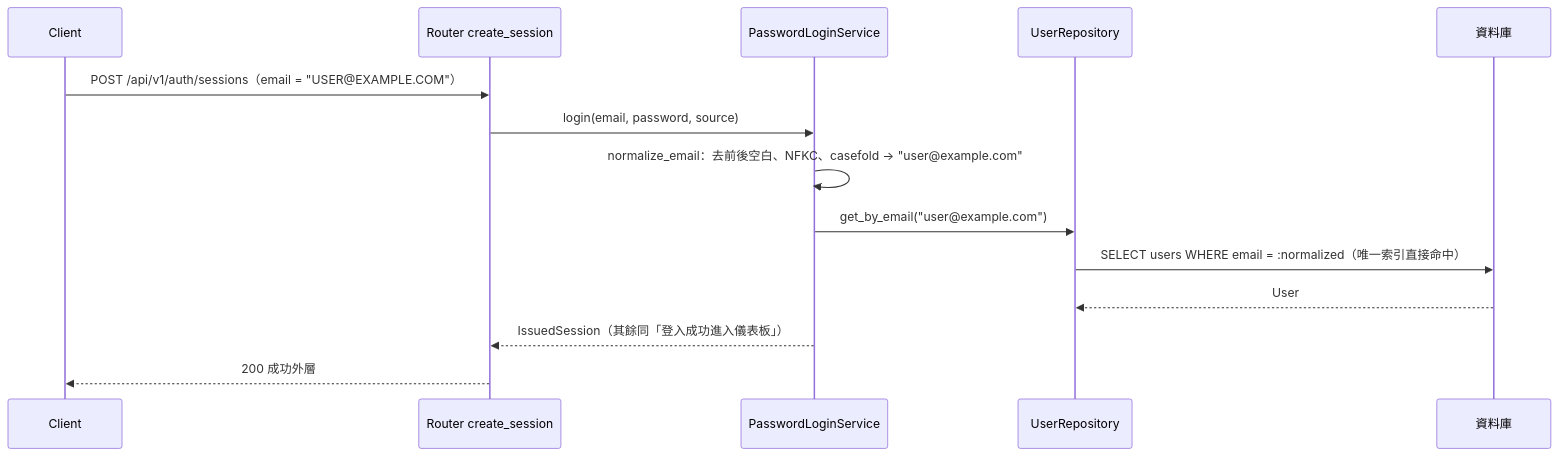
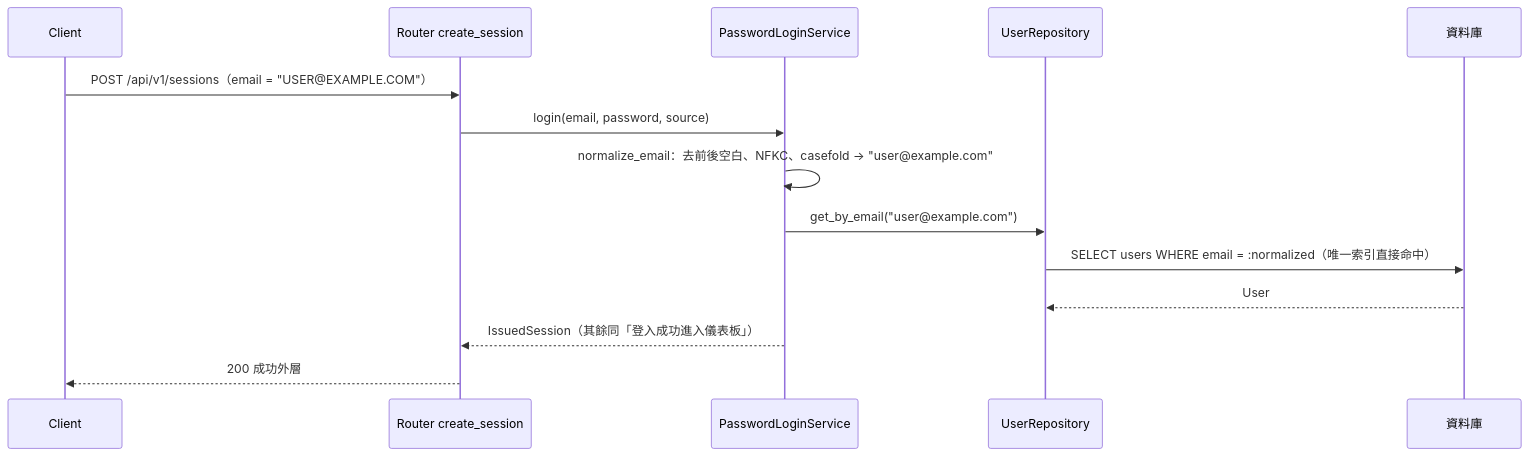
The eighth of 30 diagrams in openspec/changes/login-auth-guard/system-design.md (label-suite/label-suite), drawn with Mermaid before and after one commit. The commit also changed other lines of this file and 4 other files, not shown here.

First line of the commit message:
docs: write the api contract for login and auth guard (#719)

````diff
--- a/openspec/changes/login-auth-guard/system-design.md
+++ b/openspec/changes/login-auth-guard/system-design.md
@@ -463,16 +463,16 @@
 ```mermaid
 sequenceDiagram
   participant C as Client
   participant R as Router create_session
   participant L as PasswordLoginService
   participant U as UserRepository
   participant DB as 資料庫
-  C->>R: POST /api/v1/auth/sessions（email = "USER@EXAMPLE.COM"）
+  C->>R: POST /api/v1/sessions（email = "USER@EXAMPLE.COM"）
   R->>L: login(email, password, source)
   L->>L: normalize_email：去前後空白、NFKC、casefold → "user@example.com"
   L->>U: get_by_email("user@example.com")
   U->>DB: SELECT users WHERE email = :normalized（唯一索引直接命中）
   DB-->>U: User
   L-->>R: IssuedSession（其餘同「登入成功進入儀表板」）
   R-->>C: 200 成功外層
 ```
````
